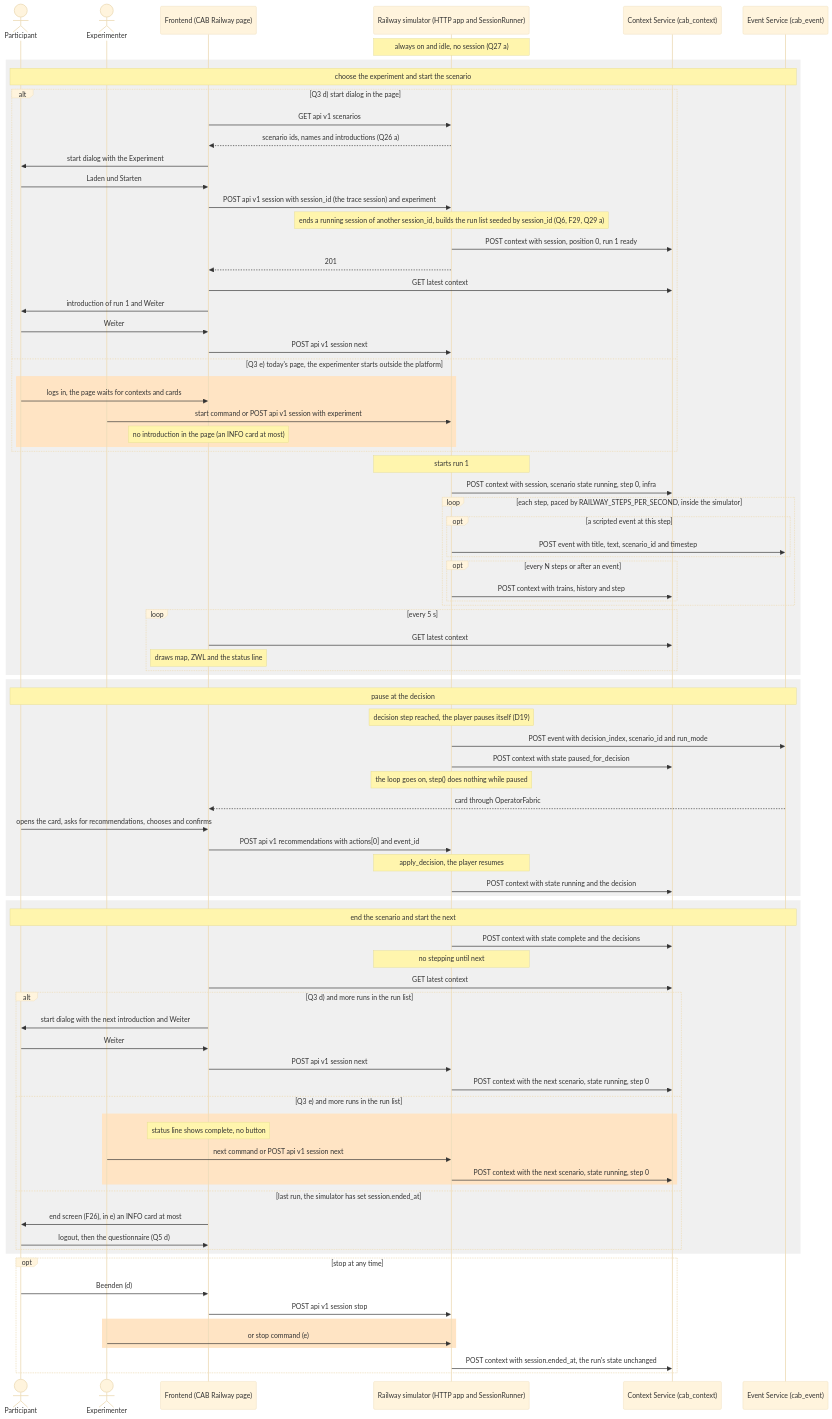
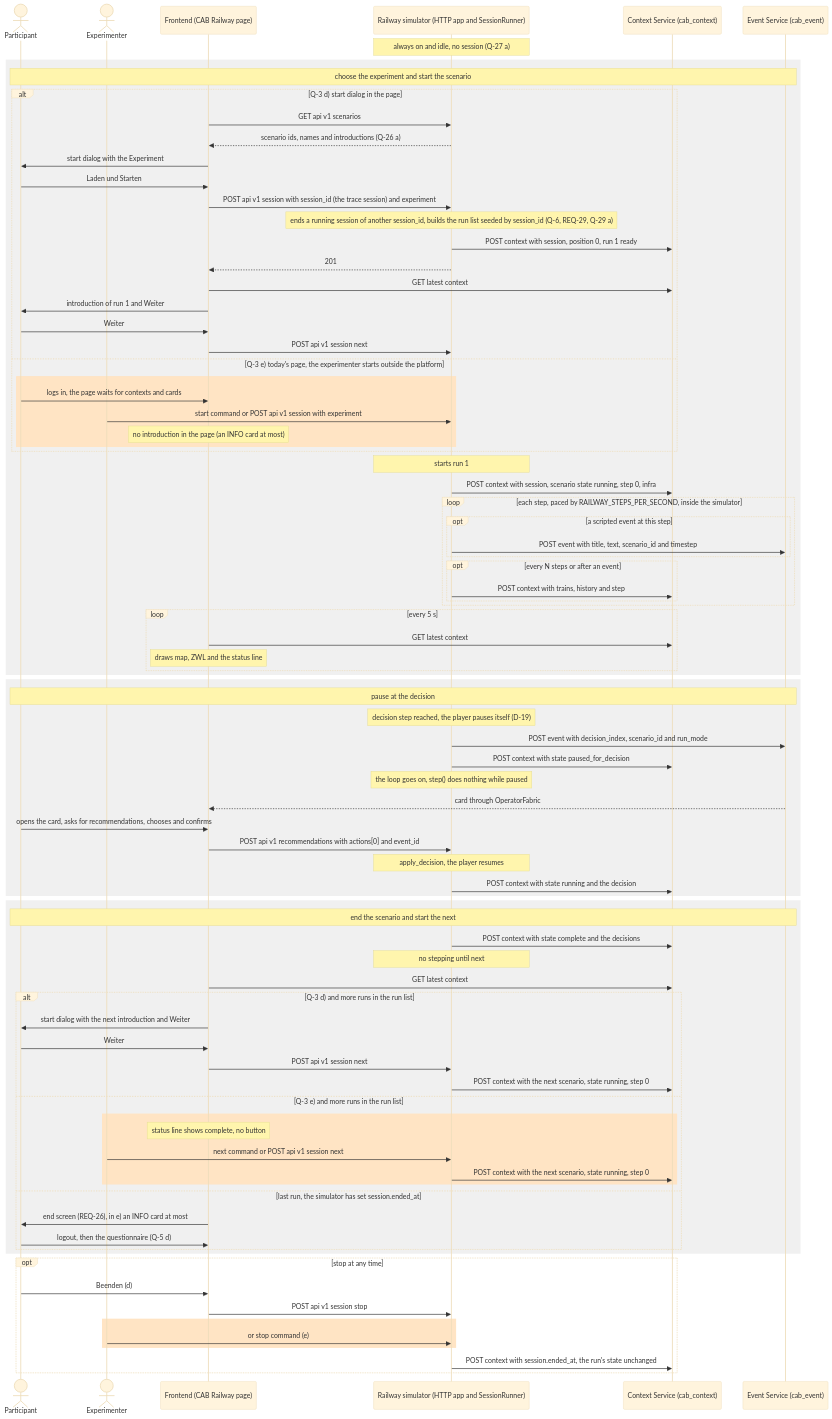
Before and after one commit to ainetus/InteractiveAI: the ninth of 19 diagrams in docs/plans/railway-use-case.md, drawn with Mermaid (base theme). The commit also changed other lines of this file, not shown here.

Commit message:
docs(plans): name the Railway plan's IDs by kind with a dash and mark steps and phases done or open

```diff
--- a/docs/plans/railway-use-case.md
+++ b/docs/plans/railway-use-case.md
@@ -1566,23 +1566,23 @@
     participant Sim as Railway simulator (HTTP app and SessionRunner)
     participant Ctx as Context Service (cab_context)
     participant Ev as Event Service (cab_event)
-    Note over Sim: always on and idle, no session (Q27 a)
+    Note over Sim: always on and idle, no session (Q-27 a)
     rect rgb(240, 240, 240)
     Note over P,Ev: choose the experiment and start the scenario
-    alt Q3 d) start dialog in the page
+    alt Q-3 d) start dialog in the page
         FE->>Sim: GET api v1 scenarios
-        Sim-->>FE: scenario ids, names and introductions (Q26 a)
+        Sim-->>FE: scenario ids, names and introductions (Q-26 a)
         FE->>P: start dialog with the Experiment
         P->>FE: Laden und Starten
         FE->>Sim: POST api v1 session with session_id (the trace session) and experiment
-        Note over Sim: ends a running session of another session_id, builds the run list seeded by session_id (Q6, F29, Q29 a)
+        Note over Sim: ends a running session of another session_id, builds the run list seeded by session_id (Q-6, REQ-29, Q-29 a)
         Sim->>Ctx: POST context with session, position 0, run 1 ready
         Sim-->>FE: 201
         FE->>Ctx: GET latest context
         FE->>P: introduction of run 1 and Weiter
         P->>FE: Weiter
         FE->>Sim: POST api v1 session next
-    else Q3 e) today's page, the experimenter starts outside the platform
+    else Q-3 e) today's page, the experimenter starts outside the platform
         rect rgb(255, 228, 196)
         P->>FE: logs in, the page waits for contexts and cards
         Exp->>Sim: start command or POST api v1 session with experiment
@@ -1606,7 +1606,7 @@
     end
     rect rgb(240, 240, 240)
     Note over P,Ev: pause at the decision
-    Note over Sim: decision step reached, the player pauses itself (D19)
+    Note over Sim: decision step reached, the player pauses itself (D-19)
     Sim->>Ev: POST event with decision_index, scenario_id and run_mode
     Sim->>Ctx: POST context with state paused_for_decision
     Note over Sim: the loop goes on, step() does nothing while paused
@@ -1621,20 +1621,20 @@
     Sim->>Ctx: POST context with state complete and the decisions
     Note over Sim: no stepping until next
     FE->>Ctx: GET latest context
-    alt Q3 d) and more runs in the run list
+    alt Q-3 d) and more runs in the run list
         FE->>P: start dialog with the next introduction and Weiter
         P->>FE: Weiter
         FE->>Sim: POST api v1 session next
         Sim->>Ctx: POST context with the next scenario, state running, step 0
-    else Q3 e) and more runs in the run list
+    else Q-3 e) and more runs in the run list
         rect rgb(255, 228, 196)
         Note over FE: status line shows complete, no button
         Exp->>Sim: next command or POST api v1 session next
         Sim->>Ctx: POST context with the next scenario, state running, step 0
         end
     else last run, the simulator has set session.ended_at
-        FE->>P: end screen (F26), in e) an INFO card at most
-        P->>FE: logout, then the questionnaire (Q5 d)
+        FE->>P: end screen (REQ-26), in e) an INFO card at most
+        P->>FE: logout, then the questionnaire (Q-5 d)
     end
     end
     opt stop at any time
```
